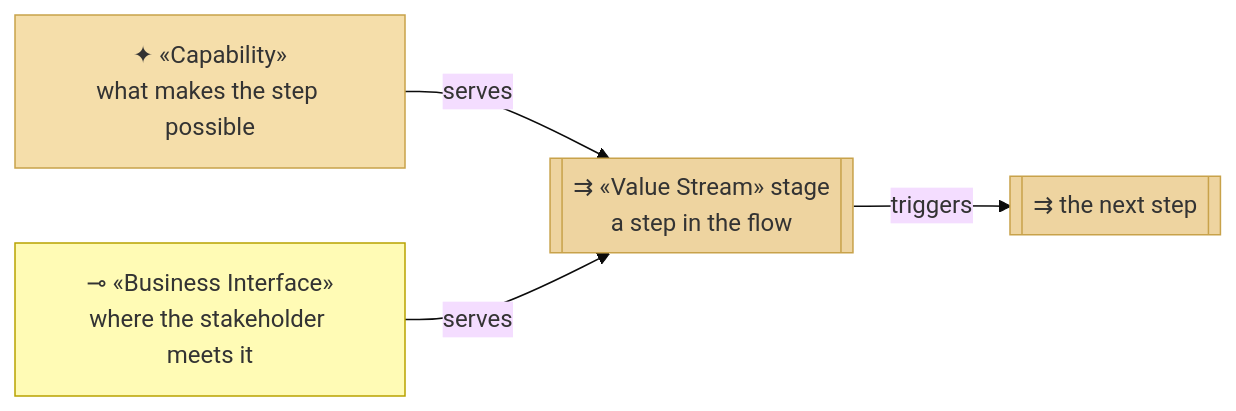
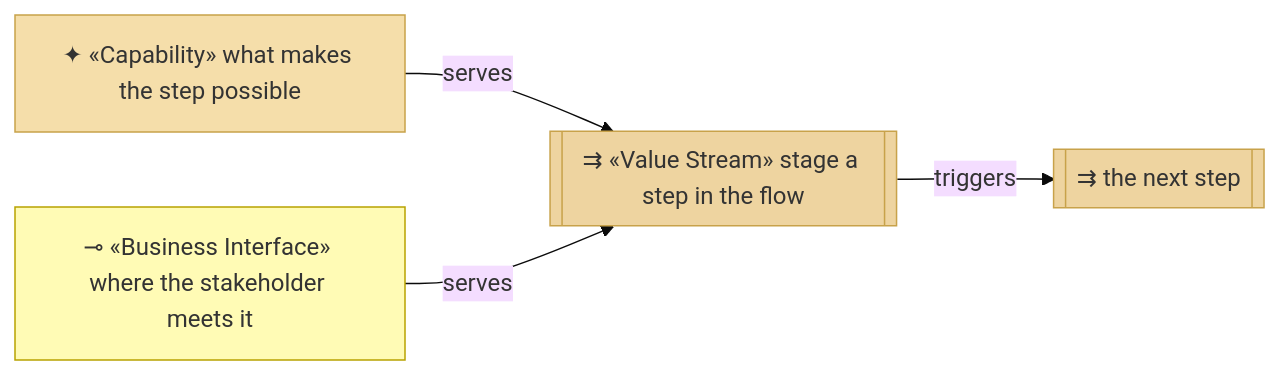
One commit to roanboc/architecture-archreator changed the first of 4 diagrams in org-archreator/architecture/1_strategy/3_value-stream.md. Above: the diagram before and after it, drawn with Mermaid (base theme). The commit also changed other lines of this file and 38 other files, not shown here.

````diff
--- a/org-archreator/architecture/1_strategy/3_value-stream.md
+++ b/org-archreator/architecture/1_strategy/3_value-stream.md
@@ -14,15 +14,15 @@
 ```mermaid
 flowchart LR
-  s1[["⇉ «Value Stream» stage<br>a step in the flow"]]:::stage
+  s1[["⇉ «Value Stream» stage a step in the flow"]]:::stage
   s2[["⇉ the next step"]]:::stage
-  cap["✦ «Capability»<br>what makes the step possible"]:::capability
-  bif["⊸ «Business Interface»<br>where the stakeholder meets it"]:::interface
+  cap["✦ «Capability» what makes the step possible"]:::capability
+  bif["⊸ «Business Interface» where the stakeholder meets it"]:::interface
 
   s1 -->|triggers| s2
   cap -->|serves| s1
   bif -->|serves| s1
 
   classDef stage fill:#eed4a0,stroke:#c8a24a,color:#333
   classDef capability fill:#f5deaa,stroke:#c8a24a,color:#333
   classDef interface fill:#fffbb5,stroke:#b8a200,color:#333
 ```
````
